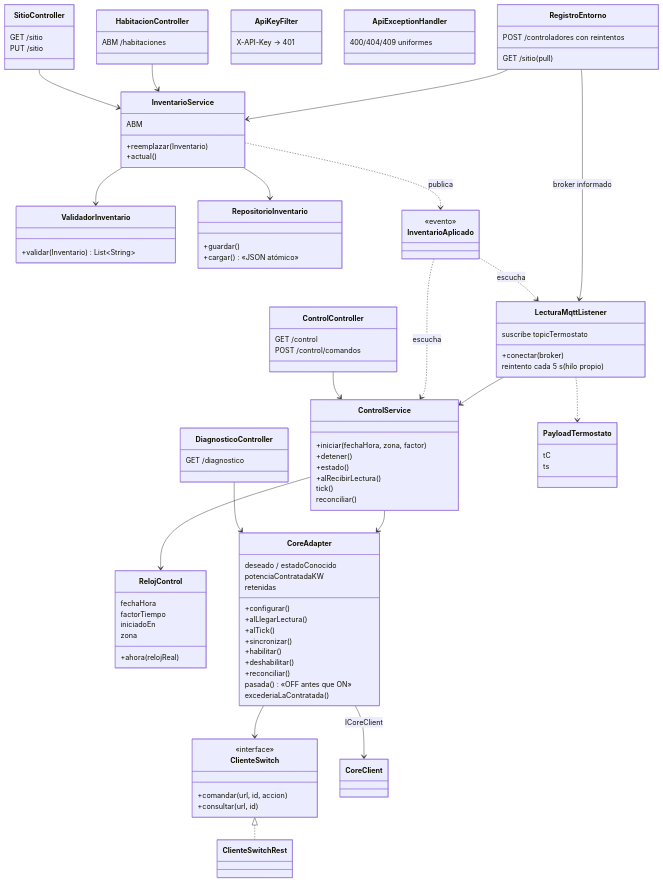
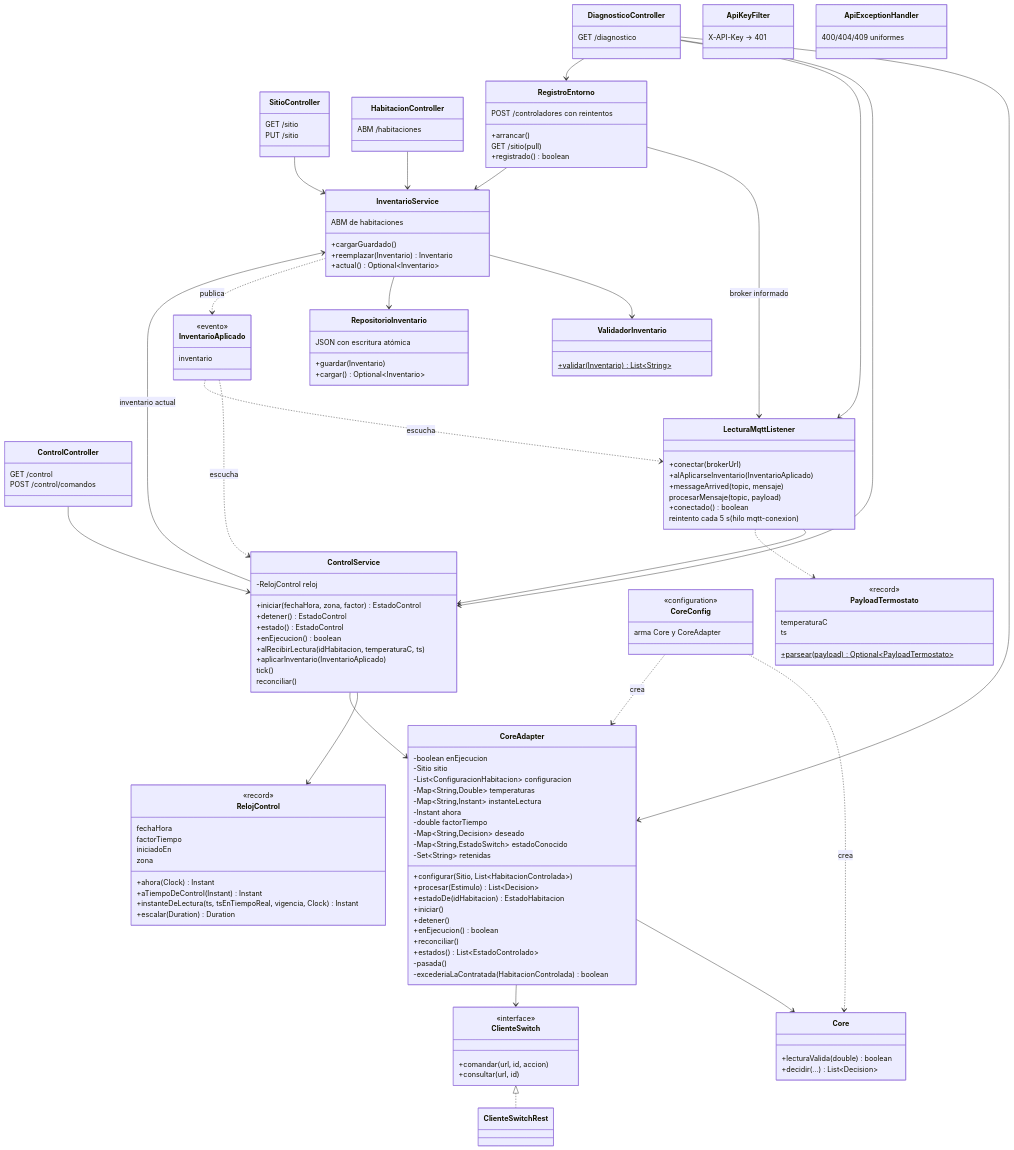
Before and after one commit to BrayanBCode/iiss-2026-grupo-4: the third of 9 diagrams in docs/arquitectura/4mas1.md, drawn with Mermaid. The commit also changed other lines of this file and 1 other file, not shown here.

Commit message:
docs: 4+1 actualizado al diseño actual del core y del engine (T11a)

```diff
--- a/docs/arquitectura/4mas1.md
+++ b/docs/arquitectura/4mas1.md
@@ -226,50 +231,76 @@
     }
 
     class InventarioService {
-      +reemplazar(Inventario)
-      +actual()
-      ABM
+      +cargarGuardado()
+      +reemplazar(Inventario) Inventario
+      +actual() Optional~Inventario~
+      ABM de habitaciones
     }
     class ValidadorInventario {
-      +validar(Inventario) List~String~
+      +validar(Inventario)$ List~String~
     }
     class RepositorioInventario {
-      +guardar()
-      +cargar()  «JSON atómico»
+      +guardar(Inventario)
+      +cargar() Optional~Inventario~
+      JSON con escritura atómica
     }
     class InventarioAplicado {
       <<evento>>
+      inventario
     }
 
     class ControlService {
-      +iniciar(fechaHora, zona, factor)
-      +detener()
-      +estado()
-      +alRecibirLectura()
+      -RelojControl reloj
+      +iniciar(fechaHora, zona, factor) EstadoControl
+      +detener() EstadoControl
+      +estado() EstadoControl
+      +enEjecucion() boolean
+      +alRecibirLectura(idHabitacion, temperaturaC, ts)
+      +aplicarInventario(InventarioAplicado)
       tick()
       reconciliar()
     }
     class RelojControl {
+      <<record>>
       fechaHora
       factorTiempo
       iniciadoEn
       zona
-      +ahora(relojReal)
+      +ahora(Clock) Instant
+      +aTiempoDeControl(Instant) Instant
+      +instanteDeLectura(ts, tsEnTiempoReal, vigencia, Clock) Instant
+      +escalar(Duration) Duration
     }
 
     class CoreAdapter {
-      deseado / estadoConocido
-      potenciaContratadaKW
-      retenidas
-      +configurar()
-      +alLlegarLectura()
-      +alTick()
-      +sincronizar()
-      +habilitar()
-      +deshabilitar()
+      -boolean enEjecucion
+      -Sitio sitio
+      -List~ConfiguracionHabitacion~ configuracion
+      -Map~String,Double~ temperaturas
+      -Map~String,Instant~ instanteLectura
+      -Instant ahora
+      -double factorTiempo
+      -Map~String,Decision~ deseado
+      -Map~String,EstadoSwitch~ estadoConocido
+      -Set~String~ retenidas
+      +configurar(Sitio, List~HabitacionControlada~)
+      +procesar(Estimulo) List~Decision~
+      +estadoDe(idHabitacion) EstadoHabitacion
+      +iniciar()
+      +detener()
+      +enEjecucion() boolean
       +reconciliar()
-      pasada() «OFF antes que ON»
-      excederiaLaContratada()
+      +estados() List~EstadoControlado~
+      -pasada()
+      -excederiaLaContratada(HabitacionControlada) boolean
+    }
+    class Core {
+      +lecturaValida(double) boolean
+      +decidir(...) List~Decision~
+    }
+    class CoreConfig {
+      <<configuration>>
+      arma Core y CoreAdapter
     }
     class ClienteSwitch {
       <<interface>>
@@ -279,23 +310,33 @@
     class ClienteSwitchRest
 
     class LecturaMqttListener {
-      +conectar(broker)
-      suscribe topicTermostato
-      reintento cada 5 s (hilo propio)
+      +conectar(brokerUrl)
+      +alAplicarseInventario(InventarioAplicado)
+      +messageArrived(topic, mensaje)
+      procesarMensaje(topic, payload)
+      +conectado() boolean
+      reintento cada 5 s (hilo mqtt-conexion)
     }
     class PayloadTermostato {
-      tC
+      <<record>>
+      temperaturaC
       ts
+      +parsear(payload)$ Optional~PayloadTermostato~
     }
     class RegistroEntorno {
+      +arrancar()
       POST /controladores con reintentos
       GET /sitio (pull)
+      +registrado() boolean
     }
 
     SitioController --> InventarioService
     HabitacionController --> InventarioService
     ControlController --> ControlService
     DiagnosticoController --> CoreAdapter
+    DiagnosticoController --> ControlService
+    DiagnosticoController --> LecturaMqttListener
+    DiagnosticoController --> RegistroEntorno
     InventarioService --> ValidadorInventario
     InventarioService --> RepositorioInventario
     InventarioService ..> InventarioAplicado : publica
@@ -303,9 +344,12 @@
     InventarioAplicado ..> LecturaMqttListener : escucha
     ControlService --> RelojControl
     ControlService --> CoreAdapter
-    CoreAdapter --> CoreClient : ICoreClient
+    ControlService --> InventarioService : inventario actual
+    CoreAdapter --> Core
     CoreAdapter --> ClienteSwitch
     ClienteSwitch <|.. ClienteSwitchRest
+    CoreConfig ..> Core : crea
+    CoreConfig ..> CoreAdapter : crea
     LecturaMqttListener --> ControlService
     LecturaMqttListener ..> PayloadTermostato
     RegistroEntorno --> LecturaMqttListener : broker informado
```
